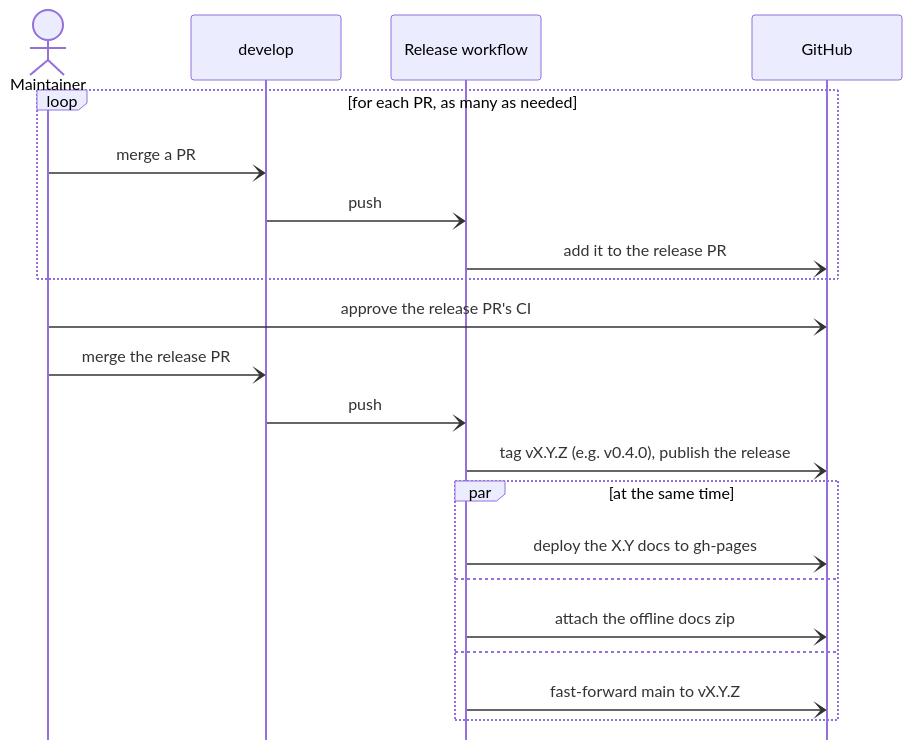
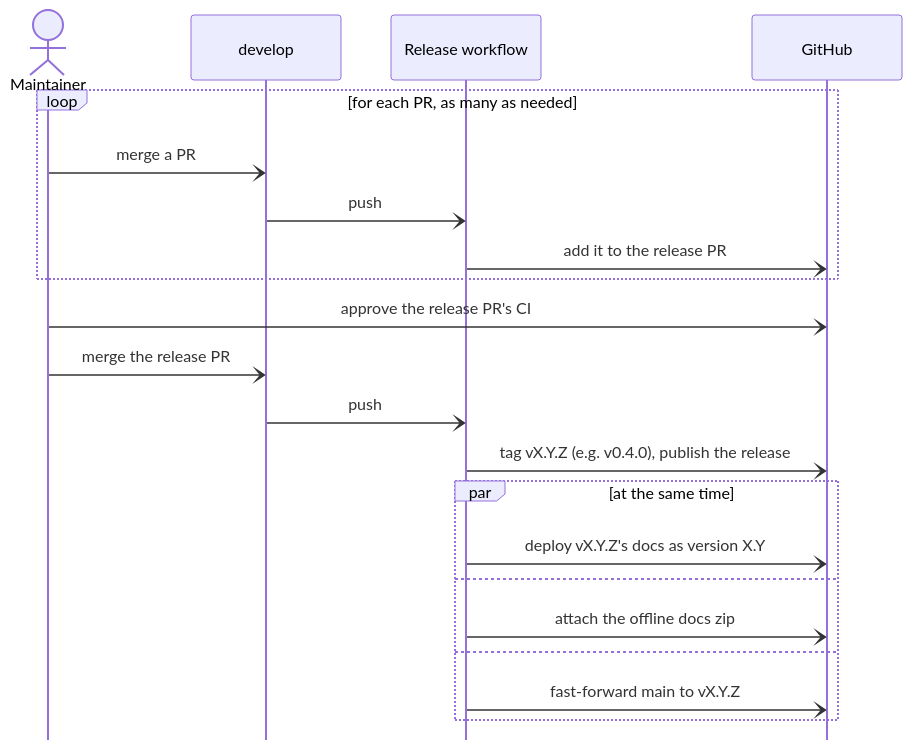
Before and after one commit to TheRealBillSiegler/boilerplate: the diagram in RELEASING.md, drawn with Mermaid.

Commit message:
docs(release): say a release's docs deploy as its MAJOR.MINOR version
The diagram's docs step named only X.Y, which read as if the docs were
not rebuilt for a patch. Each release builds the docs at its own tag
and deploys them as X.Y, so a patch replaces its line's docs.

````diff
--- a/RELEASING.md
+++ b/RELEASING.md
@@ -54,24 +54,24 @@
 ```mermaid
 %%{init: {"sequence": {"mirrorActors": false}}}%%
 sequenceDiagram
     actor M as Maintainer
     participant D as develop
     participant W as Release workflow
     participant G as GitHub
     loop for each PR, as many as needed
         M-)D: merge a PR
         D-)W: push
         W-)G: add it to the release PR
     end
     M-)G: approve the release PR's CI
     M-)D: merge the release PR
     D-)W: push
     W-)G: tag vX.Y.Z (e.g. v0.4.0), publish the release
     par at the same time
-        W-)G: deploy the X.Y docs to gh-pages
+        W-)G: deploy vX.Y.Z's docs as version X.Y
     and
         W-)G: attach the offline docs zip
     and
         W-)G: fast-forward main to vX.Y.Z
     end
 ```
````
